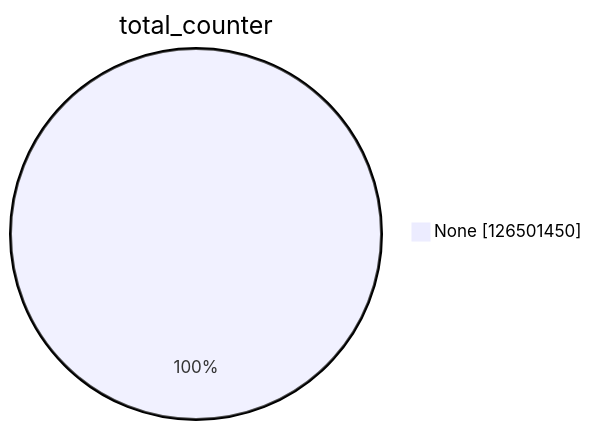
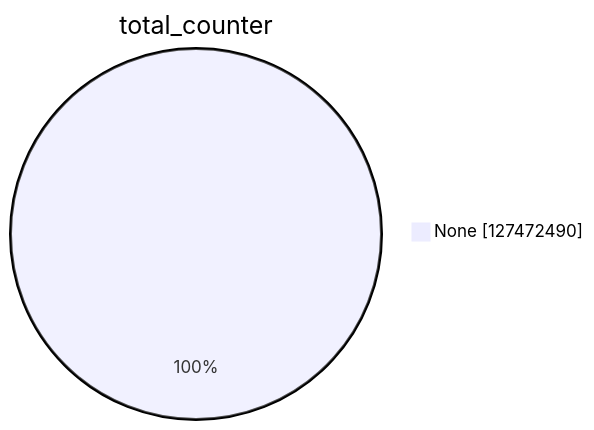
One commit to christiankrug/ctmonitor_visualization changed the first of 15 diagrams in xenon2023/README.md. Above: the diagram before and after it, drawn with Mermaid. The commit also changed other lines of this file, not shown here.

````diff
--- a/xenon2023/README.md
+++ b/xenon2023/README.md
@@ -1,5 +1,5 @@
 ```mermaid
 pie showData
 title total_counter
-"None" :126501450
+"None" :127472490
 ```
````
